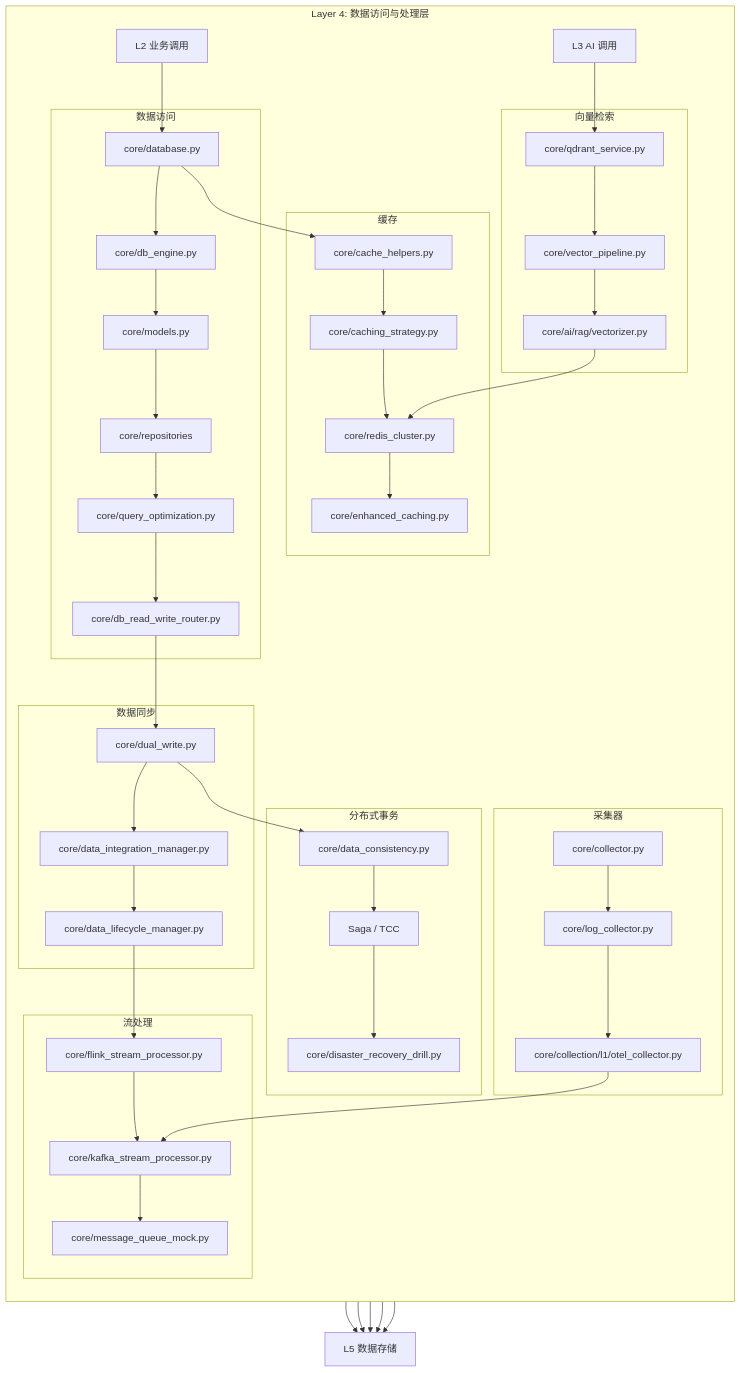
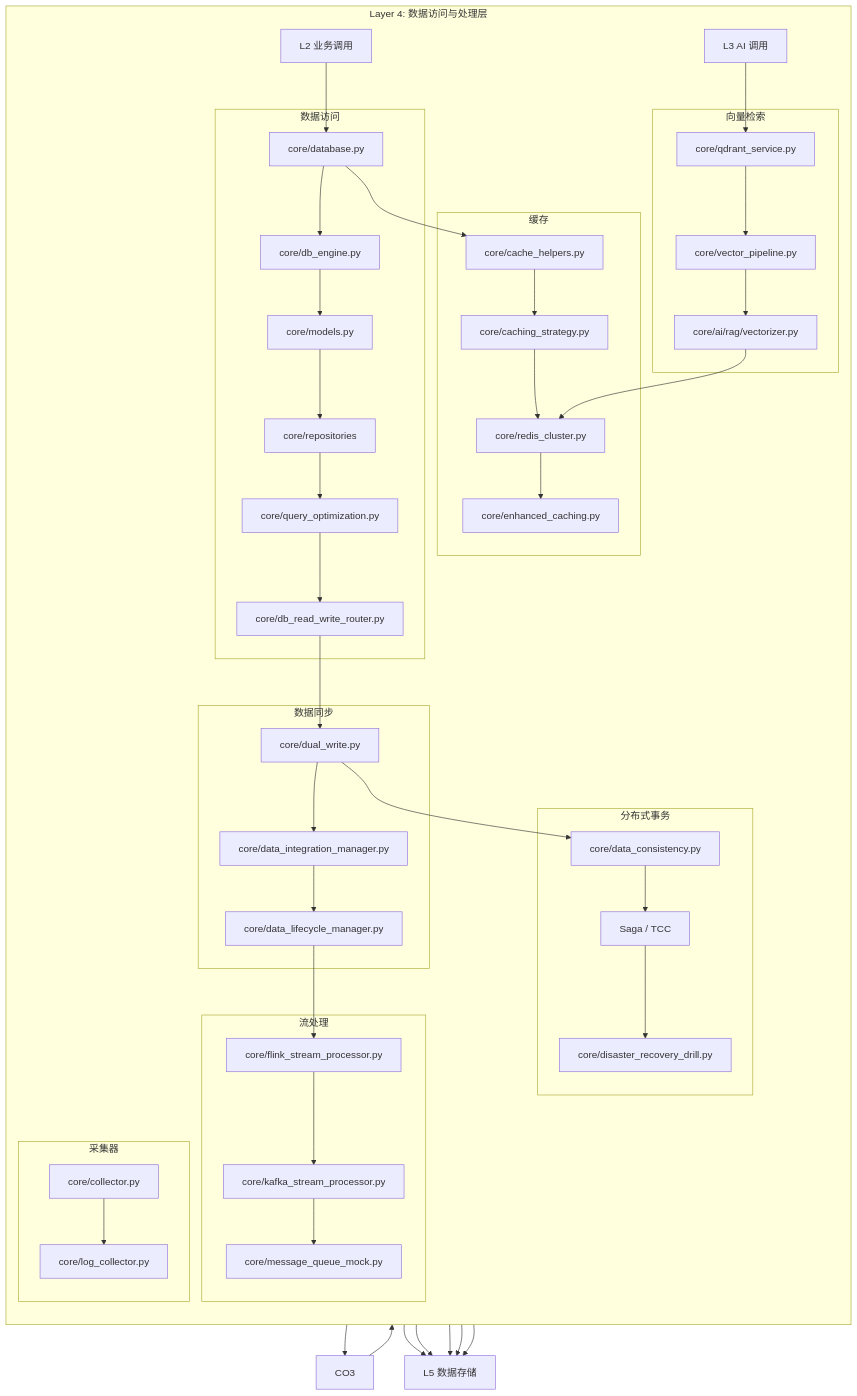
One commit to HualongChen666/AIOps-Agents changed the diagram in docs/architecture/per_layer/layer_4_data_access.mmd. Above: the diagram before and after it, drawn with Mermaid. The commit also changed 975 other files, not shown here.

```diff
--- a/docs/architecture/per_layer/layer_4_data_access.mmd
+++ b/docs/architecture/per_layer/layer_4_data_access.mmd
@@ -1,92 +1,91 @@
 flowchart TB
     subgraph L4["Layer 4: 数据访问与处理层"]
         direction TB
 
         subgraph DAO["数据访问"]
             D1["core/database.py"]
             D2["core/db_engine.py"]
             D3["core/models.py"]
             D4["core/repositories"]
             D5["core/query_optimization.py"]
             D6["core/db_read_write_router.py"]
         end
 
         subgraph Cache["缓存"]
             C1["core/cache_helpers.py"]
             C2["core/caching_strategy.py"]
             C3["core/redis_cluster.py"]
             C4["core/enhanced_caching.py"]
         end
 
         subgraph Vector["向量检索"]
             V1["core/qdrant_service.py"]
             V2["core/vector_pipeline.py"]
             V3["core/ai/rag/vectorizer.py"]
         end
 
         subgraph Sync["数据同步"]
             S1["core/dual_write.py"]
             S2["core/data_integration_manager.py"]
             S3["core/data_lifecycle_manager.py"]
         end
 
         subgraph Stream["流处理"]
             ST1["core/flink_stream_processor.py"]
             ST2["core/kafka_stream_processor.py"]
             ST3["core/message_queue_mock.py"]
         end
 
         subgraph TX["分布式事务"]
             T1["core/data_consistency.py"]
             T2["Saga / TCC"]
             T3["core/disaster_recovery_drill.py"]
         end
 
         subgraph Collect["采集器"]
             CO1["core/collector.py"]
             CO2["core/log_collector.py"]
-            CO3["core/collection/l1/otel_collector.py"]
         end
 
         BR2["L2 业务调用"]
         BR3["L3 AI 调用"]
     end
 
     BR2 --> D1
     BR3 --> V1
 
     D1 --> D2
     D2 --> D3
     D3 --> D4
     D4 --> D5
     D5 --> D6
 
     D1 --> C1
     C1 --> C2
     C2 --> C3
     C3 --> C4
 
     V1 --> V2
     V2 --> V3
     V3 --> C3
 
     D6 --> S1
     S1 --> S2
     S2 --> S3
     S3 --> ST1
     ST1 --> ST2
     ST2 --> ST3
 
     S1 --> T1
     T1 --> T2
     T2 --> T3
 
     CO1 --> CO2
     CO2 --> CO3
     CO3 --> ST2
 
     D6 --> DB5["L5 数据存储"]
     C3 --> DB5
     V1 --> DB5
     ST2 --> DB5
     T2 --> DB5
```
